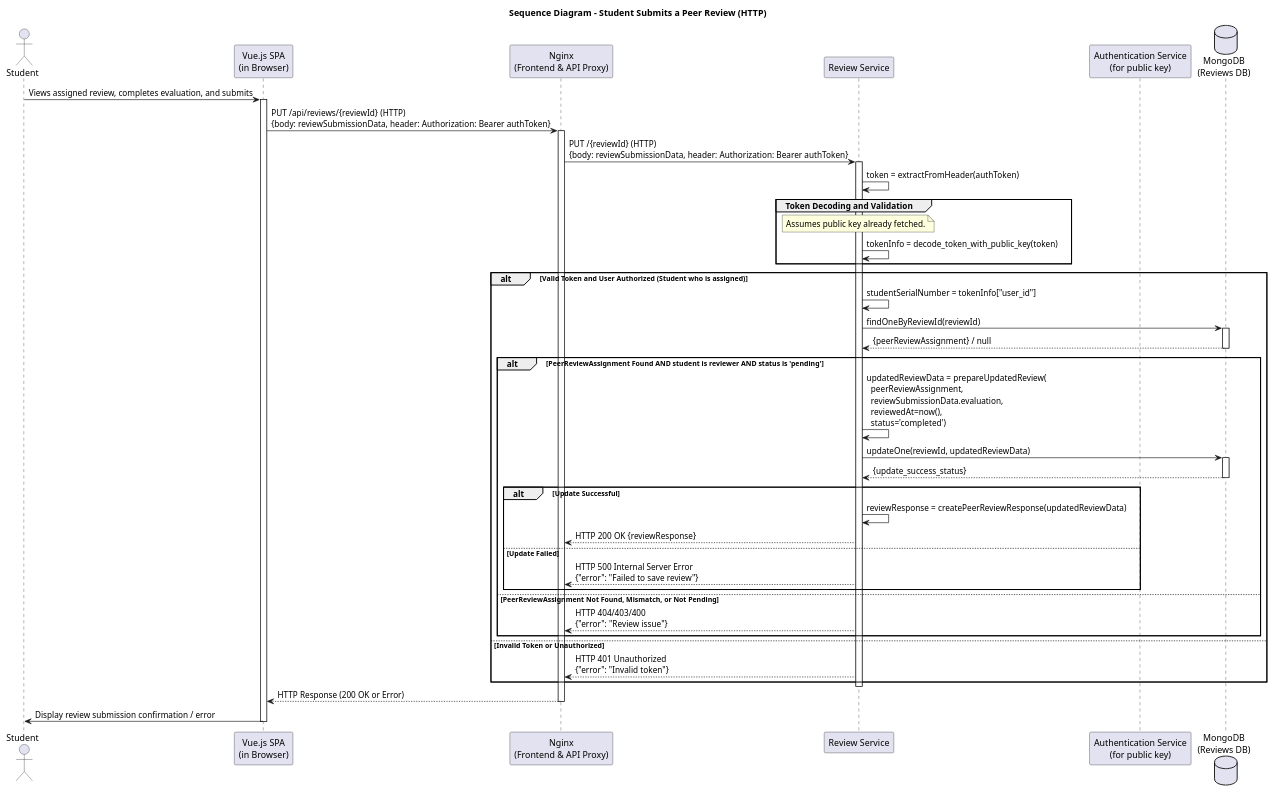
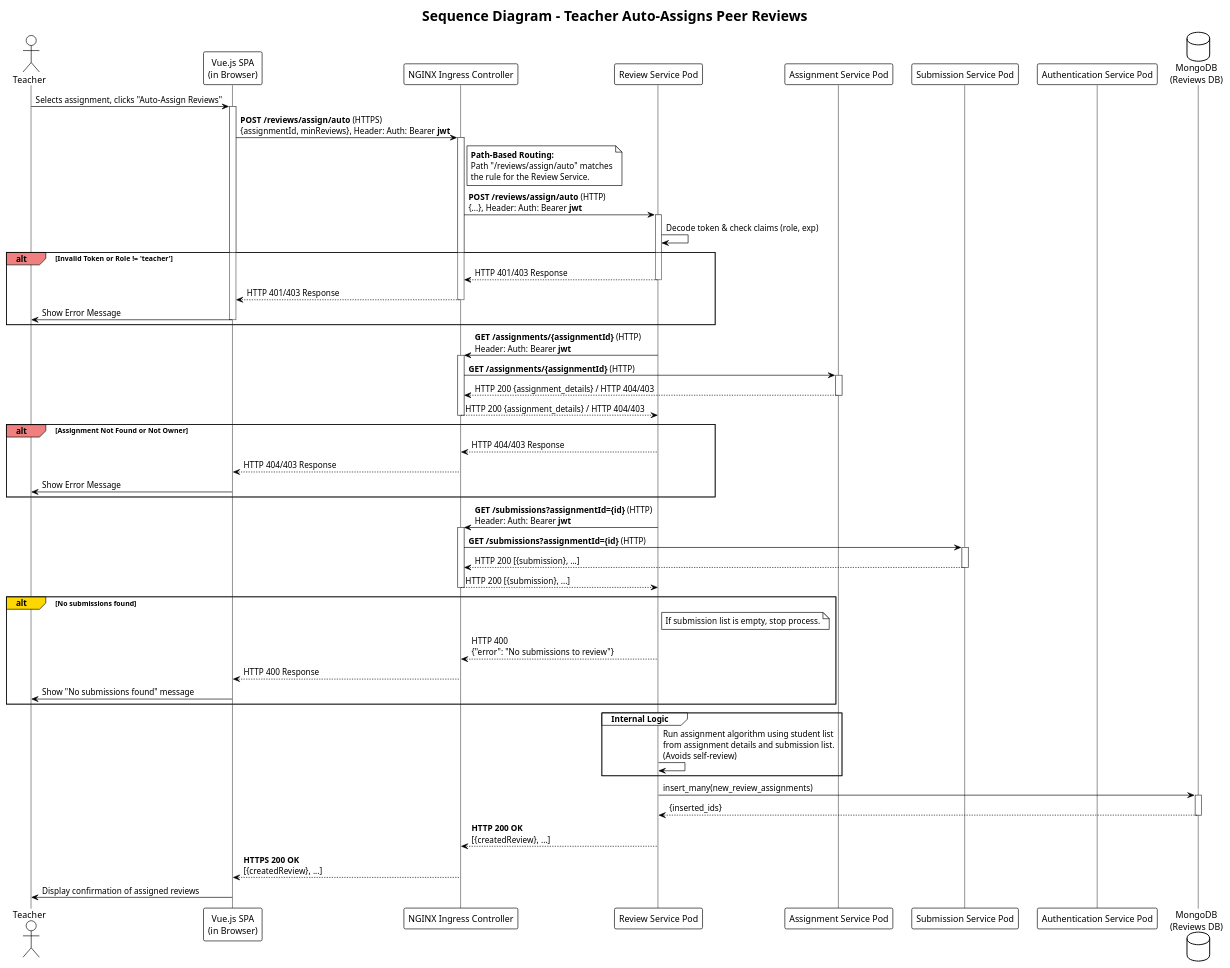
Before and after one commit to EmmeOnWork/peer-review-platform: the diagram in Documentation/Diagrams/Sequence_diagrams/Review.puml, drawn with PlantUML. The commit also changed 63 other files, not shown here.

```diff
--- a/Documentation/Diagrams/Sequence_diagrams/Review.puml
+++ b/Documentation/Diagrams/Sequence_diagrams/Review.puml
@@ -1,61 +1,106 @@
 @startuml
-title Sequence Diagram - Student Submits a Peer Review (HTTP)
+title Sequence Diagram - Teacher Auto-Assigns Peer Reviews
 
-actor Student
-participant FrontendApp as "Vue.js SPA\n(in Browser)"
-participant NginxProxy as "Nginx\n(Frontend & API Proxy)"
-participant ReviewService as "Review Service"
-participant AuthService as "Authentication Service\n(for public key)"
-database DBReview as "MongoDB\n(Reviews DB)" 
+!theme plain
+skinparam sequence {
+    ArrowColor Black
+    ActorBorderColor Black
+    LifeLineBorderColor #555555
+    ParticipantBorderColor Black
+    BoxBorderColor #555555
+    BoxBackgroundColor #F8F8F8
+}
 
-Student -> FrontendApp: Views assigned review, completes evaluation, and submits
+actor Teacher
+participant "Vue.js SPA\n(in Browser)" as FrontendApp
+participant "NGINX Ingress Controller" as Ingress
+participant "Review Service Pod" as ReviewServicePod
+participant "Assignment Service Pod" as AssignmentServicePod
+participant "Submission Service Pod" as SubmissionServicePod
+participant "Authentication Service Pod" as AuthServicePod
+database "MongoDB\n(Reviews DB)" as DBReview
+
+Teacher -> FrontendApp: Selects assignment, clicks "Auto-Assign Reviews"
 activate FrontendApp
-FrontendApp -> NginxProxy: PUT /api/reviews/{reviewId} (HTTP)\n{body: reviewSubmissionData, header: Authorization: Bearer authToken}
-activate NginxProxy
 
-NginxProxy -> ReviewService: PUT /{reviewId} (HTTP)\n{body: reviewSubmissionData, header: Authorization: Bearer authToken}
-activate ReviewService
+FrontendApp -> Ingress: **POST /reviews/assign/auto** (HTTPS)\n{assignmentId, minReviews}, Header: Auth: Bearer **jwt**
+activate Ingress
 
-ReviewService -> ReviewService: token = extractFromHeader(authToken)
+note right of Ingress
+  **Path-Based Routing:**
+  Path "/reviews/assign/auto" matches
+  the rule for the Review Service.
+end note
 
-group Token Decoding and Validation
-    note over ReviewService: Assumes public key already fetched.
-    ReviewService -> ReviewService: tokenInfo = decode_token_with_public_key(token)
+Ingress -> ReviewServicePod: **POST /reviews/assign/auto** (HTTP)\n{...}, Header: Auth: Bearer **jwt**
+activate ReviewServicePod
+
+' Step 1: JWT Validation and Role Check (local)
+ReviewServicePod -> ReviewServicePod: Decode token & check claims (role, exp)
+alt#LightCoral #White Invalid Token or Role != 'teacher'
+    ReviewServicePod --> Ingress: HTTP 401/403 Response
+    deactivate ReviewServicePod
+    Ingress --> FrontendApp: HTTP 401/403 Response
+    deactivate Ingress
+    FrontendApp -> Teacher: Show Error Message
+    deactivate FrontendApp
 end
 
-alt Valid Token and User Authorized (Student who is assigned)
-    ReviewService -> ReviewService: studentSerialNumber = tokenInfo["user_id"]
+' Step 2: Get assignment details to verify ownership and get student list
+ReviewServicePod -> Ingress: **GET /assignments/{assignmentId}** (HTTP)\nHeader: Auth: Bearer **jwt**
+activate Ingress
+Ingress -> AssignmentServicePod: **GET /assignments/{assignmentId}** (HTTP)
+activate AssignmentServicePod
+AssignmentServicePod --> Ingress: HTTP 200 {assignment_details} / HTTP 404/403
+deactivate AssignmentServicePod
+Ingress --> ReviewServicePod: HTTP 200 {assignment_details} / HTTP 404/403
+deactivate Ingress
 
-    ReviewService -> DBReview: findOneByReviewId(reviewId)
-    activate DBReview
-    DBReview --> ReviewService: {peerReviewAssignment} / null
-    deactivate DBReview
-
-    alt PeerReviewAssignment Found AND student is reviewer AND status is 'pending'
-        ReviewService -> ReviewService: updatedReviewData = prepareUpdatedReview(\n  peerReviewAssignment, \n  reviewSubmissionData.evaluation, \n  reviewedAt=now(), \n  status='completed')
-
-        ReviewService -> DBReview: updateOne(reviewId, updatedReviewData)
-        activate DBReview
-        DBReview --> ReviewService: {update_success_status}
-        deactivate DBReview
-
-        alt Update Successful
-            ReviewService -> ReviewService: reviewResponse = createPeerReviewResponse(updatedReviewData)
-            ReviewService --> NginxProxy: HTTP 200 OK {reviewResponse}
-        else Update Failed
-            ReviewService --> NginxProxy: HTTP 500 Internal Server Error\n{"error": "Failed to save review"}
-        end
-    else PeerReviewAssignment Not Found, Mismatch, or Not Pending
-        ReviewService --> NginxProxy: HTTP 404/403/400\n{"error": "Review issue"}
-    end
-else Invalid Token or Unauthorized
-    ReviewService --> NginxProxy: HTTP 401 Unauthorized\n{"error": "Invalid token"}
+alt#LightCoral #White Assignment Not Found or Not Owner
+    ReviewServicePod --> Ingress: HTTP 404/403 Response
+    deactivate ReviewServicePod
+    Ingress --> FrontendApp: HTTP 404/403 Response
+    FrontendApp -> Teacher: Show Error Message
+    deactivate FrontendApp
 end
 
-deactivate ReviewService
-NginxProxy --> FrontendApp: HTTP Response (200 OK or Error)
-deactivate NginxProxy
-FrontendApp -> Student: Display review submission confirmation / error
+' Step 3: Get all submissions for the assignment
+ReviewServicePod -> Ingress: **GET /submissions?assignmentId={id}** (HTTP)\nHeader: Auth: Bearer **jwt**
+activate Ingress
+Ingress -> SubmissionServicePod: **GET /submissions?assignmentId={id}** (HTTP)
+activate SubmissionServicePod
+SubmissionServicePod --> Ingress: HTTP 200 [{submission}, ...]
+deactivate SubmissionServicePod
+Ingress --> ReviewServicePod: HTTP 200 [{submission}, ...]
+deactivate Ingress
+
+alt#Gold #White No submissions found
+    note right of ReviewServicePod: If submission list is empty, stop process.
+    ReviewServicePod --> Ingress: HTTP 400\n{"error": "No submissions to review"}
+    deactivate ReviewServicePod
+    Ingress --> FrontendApp: HTTP 400 Response
+    FrontendApp -> Teacher: Show "No submissions found" message
+    deactivate FrontendApp
+end
+
+' Step 4: Internal logic to create review pairings
+group Internal Logic
+    ReviewServicePod -> ReviewServicePod: Run assignment algorithm using student list\nfrom assignment details and submission list.\n(Avoids self-review)
+end
+
+' Step 5: Save new review assignments to DB
+ReviewServicePod -> DBReview: insert_many(new_review_assignments)
+activate DBReview
+DBReview --> ReviewServicePod: {inserted_ids}
+deactivate DBReview
+
+' Step 6: Prepare and send final response
+ReviewServicePod --> Ingress: **HTTP 200 OK**\n[{createdReview}, ...]
+deactivate ReviewServicePod
+
+Ingress --> FrontendApp: **HTTPS 200 OK**\n[{createdReview}, ...]
+deactivate Ingress
+FrontendApp -> Teacher: Display confirmation of assigned reviews
 deactivate FrontendApp
 
 @enduml
```
